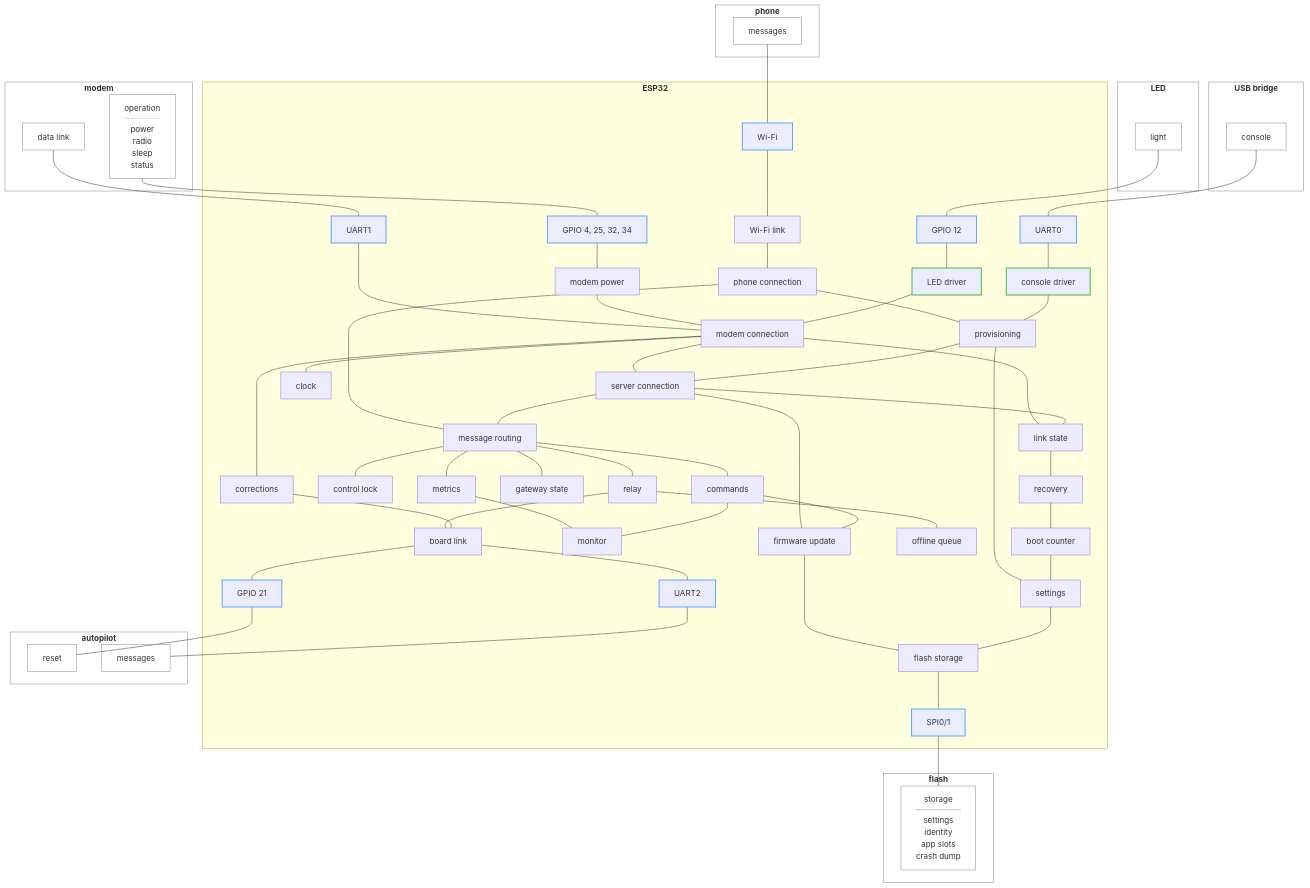
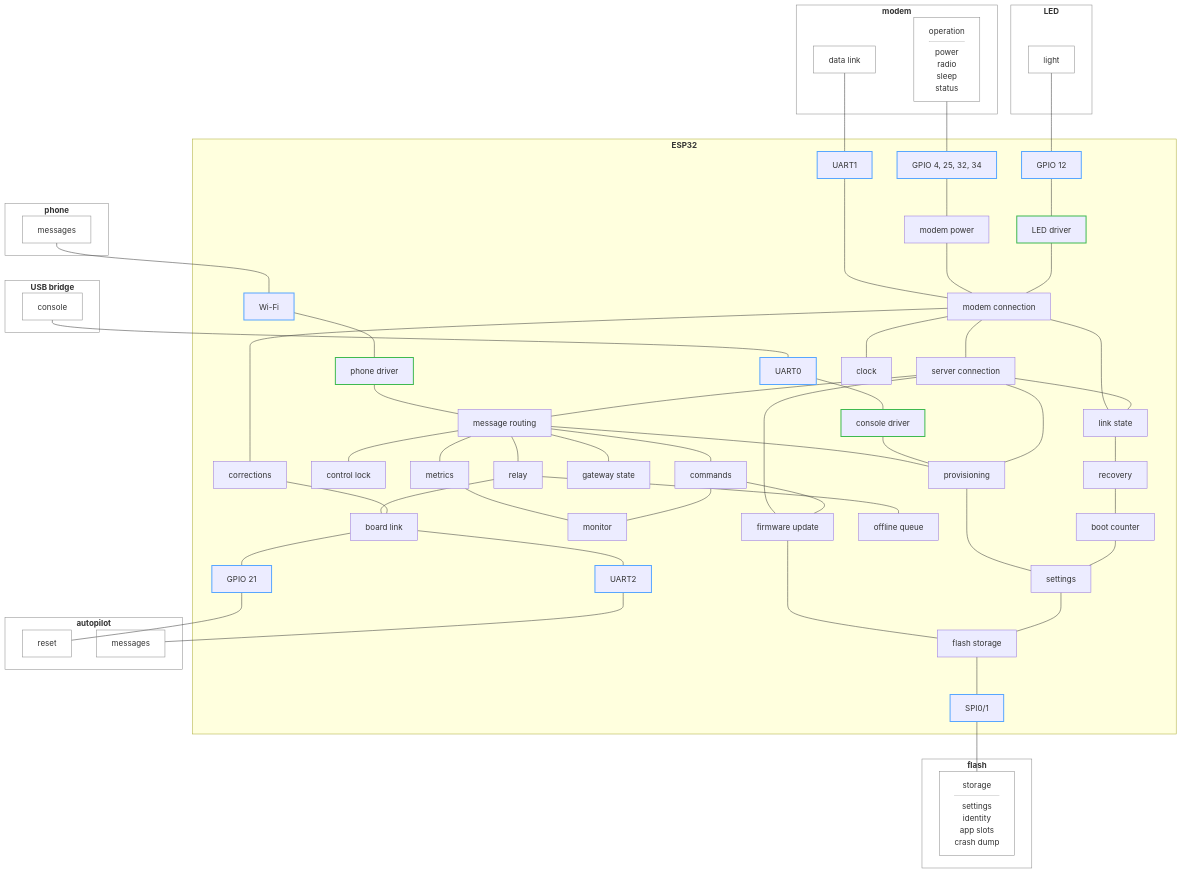
Before and after one commit to rmx-lt/rmx-mower-gateway: the diagram in .esp-architecture/diagrams/block-draft.md, drawn with Mermaid.

Commit message:
Draft: phone driver

````diff
--- a/.esp-architecture/diagrams/block-draft.md
+++ b/.esp-architecture/diagrams/block-draft.md
@@ -27,11 +27,10 @@
     conn["modem connection"]
     pwr["modem power"]
     ledd["LED driver"]
-    wl["Wi-Fi link"]
+    phd["phone driver"]
     con["console driver"]
     ntrip["corrections"]
     mqtt["server connection"]
-    phc["phone connection"]
     msg["message routing"]
     lock["control lock"]
     prov["provisioning"]
@@ -62,11 +61,10 @@
   mdata --- u1 --- conn
   mctl --- gm --- pwr --- conn
   lparts --- gl --- ledd --- conn
-  pparts --- wf --- wl
+  pparts --- wf --- phd
   uparts --- u0 --- con
-  wl --- phc
-  phc --- msg
-  phc --- prov
+  phd --- msg
+  msg --- prov
   con --- prov
   conn --- mqtt
   conn --- ntrip
@@ -99,7 +97,7 @@
   classDef bus stroke:#58a6ff,stroke-width:2px
   class u1,gm,gl,gr,u2,wf,u0,sp bus
   classDef driver stroke:#3fb950,stroke-width:2px
-  class con,ledd driver
+  class con,phd,ledd driver
   classDef device fill:none,stroke:#888
   class modem,mdata,mctl,led,lparts,ap,amsg,areset,ph,pparts,usb,uparts,fl,fparts device
 ```
````
